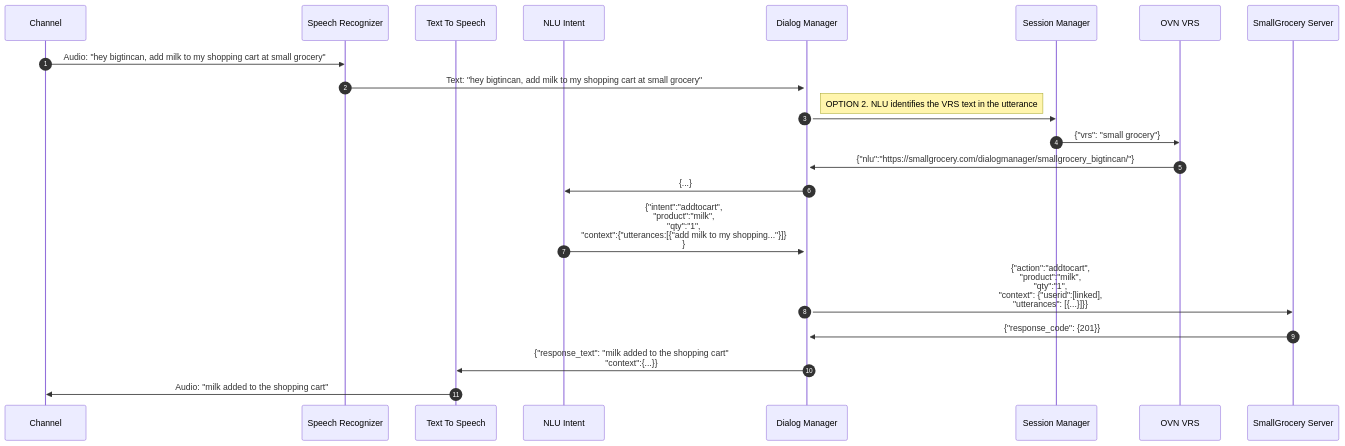
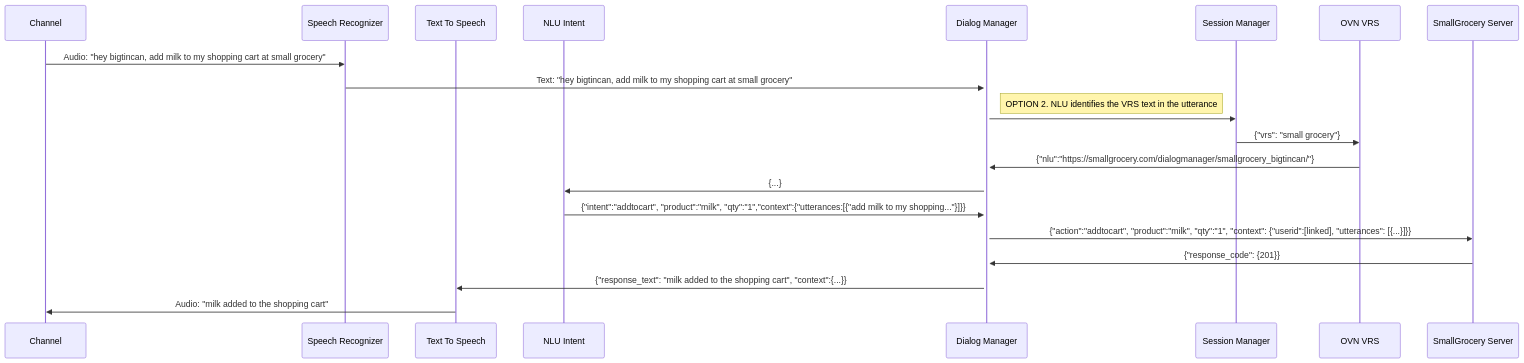
Before and after one commit to open-voice-interoperability/docs-archived: the second of 3 diagrams in architecture/decisions/0002-vrs-type.md, drawn with Mermaid. The commit also changed other lines of this file, not shown here.

````diff
--- a/architecture/decisions/0002-vrs-type.md
+++ b/architecture/decisions/0002-vrs-type.md
@@ -75,27 +75,26 @@
 ```mermaid
 sequenceDiagram
-autonumber
 participant C as Channel
 participant SR as Speech Recognizer
 participant TTS as Text To Speech
 participant NLU as NLU Intent
 participant DM as Dialog Manager
 participant SM as Session Manager
 participant VRS as OVN VRS
 participant SS as SmallGrocery Server
 
 
 C ->> SR: Audio: "hey bigtincan, add milk to my shopping cart at small grocery"
 SR ->>+ DM: Text: "hey bigtincan, add milk to my shopping cart at small grocery" 
   Note right of DM: OPTION 2. NLU identifies the VRS text in the utterance 
 DM ->> SM: 
 SM ->> VRS: {"vrs": "small grocery"}
 VRS ->> DM: {"nlu":"https://smallgrocery.com/dialogmanager/smallgrocery_bigtincan/"}
 DM ->> NLU: {...}
-NLU ->> DM: {"intent":"addtocart", <br> "product":"milk", <br> "qty":"1", <br> "context":{"utterances:[{"add milk to my shopping..."}]}<br>}
-DM ->> SS: {"action":"addtocart", <br> "product":"milk", <br> "qty":"1", <br> "context": {"userid":[linked], <br> "utterances": [{...}]}}
+NLU ->> DM: {"intent":"addtocart", "product":"milk", "qty":"1","context":{"utterances:[{"add milk to my shopping..."}]}}
+DM ->> SS: {"action":"addtocart", "product":"milk", "qty":"1", "context": {"userid":[linked],  "utterances": [{...}]}}
 SS ->> DM: {"response_code": {201}}
-DM ->> TTS: {"response_text": "milk added to the shopping cart" <br> "context":{...}}
+DM ->> TTS: {"response_text": "milk added to the shopping cart", "context":{...}}
 TTS ->> C: Audio: "milk added to the shopping cart"
 
 ```
````
